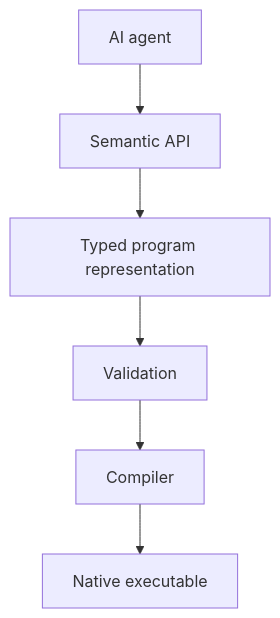
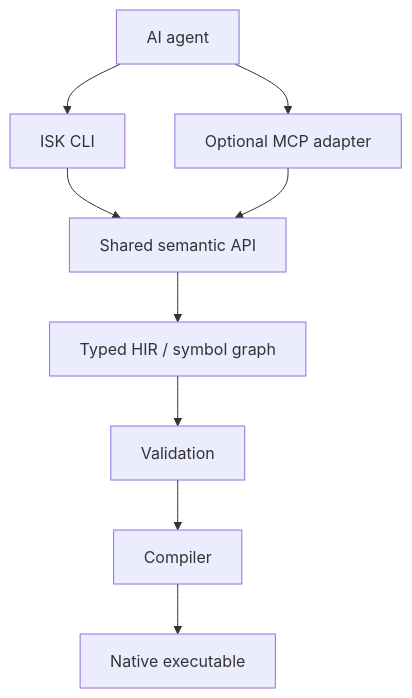
The second of 3 diagrams in README.md (deed-ee/isk), drawn with Mermaid before and after one commit. The commit also changed other lines of this file and 27 other files, not shown here.

````diff
--- a/README.md
+++ b/README.md
@@ -84,8 +97,11 @@
 ```mermaid
 flowchart TD
-    Agent["AI agent"] --> Api["Semantic API"]
-    Api --> Typed["Typed program representation"]
+    Agent["AI agent"] --> CLI["ISK CLI"]
+    Agent --> MCP["Optional MCP adapter"]
+    CLI --> Api["Shared semantic API"]
+    MCP --> Api
+    Api --> Typed["Typed HIR / symbol graph"]
     Typed --> Validation["Validation"]
     Validation --> Compiler["Compiler"]
     Compiler --> Binary["Native executable"]
 ```
````
